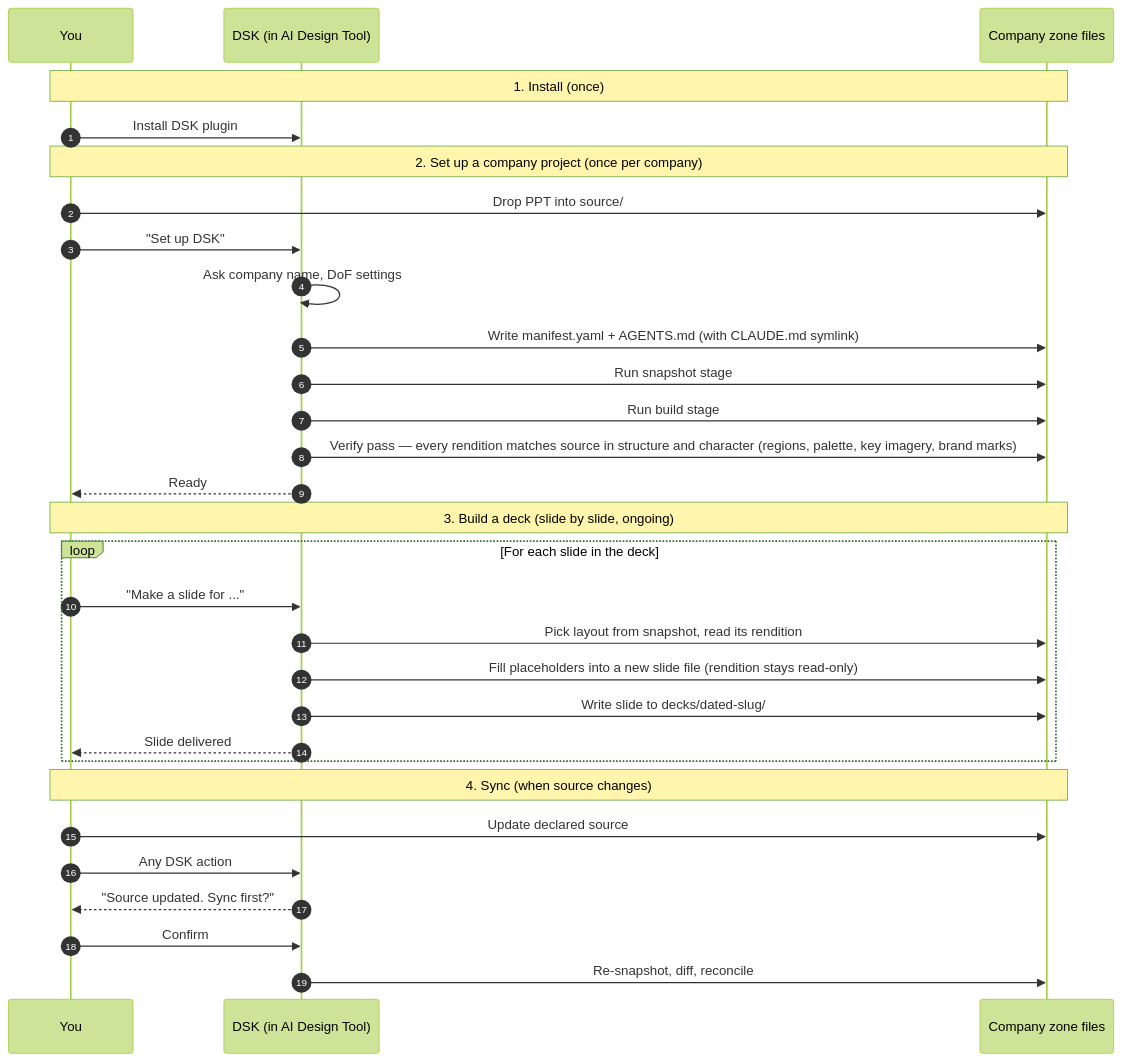
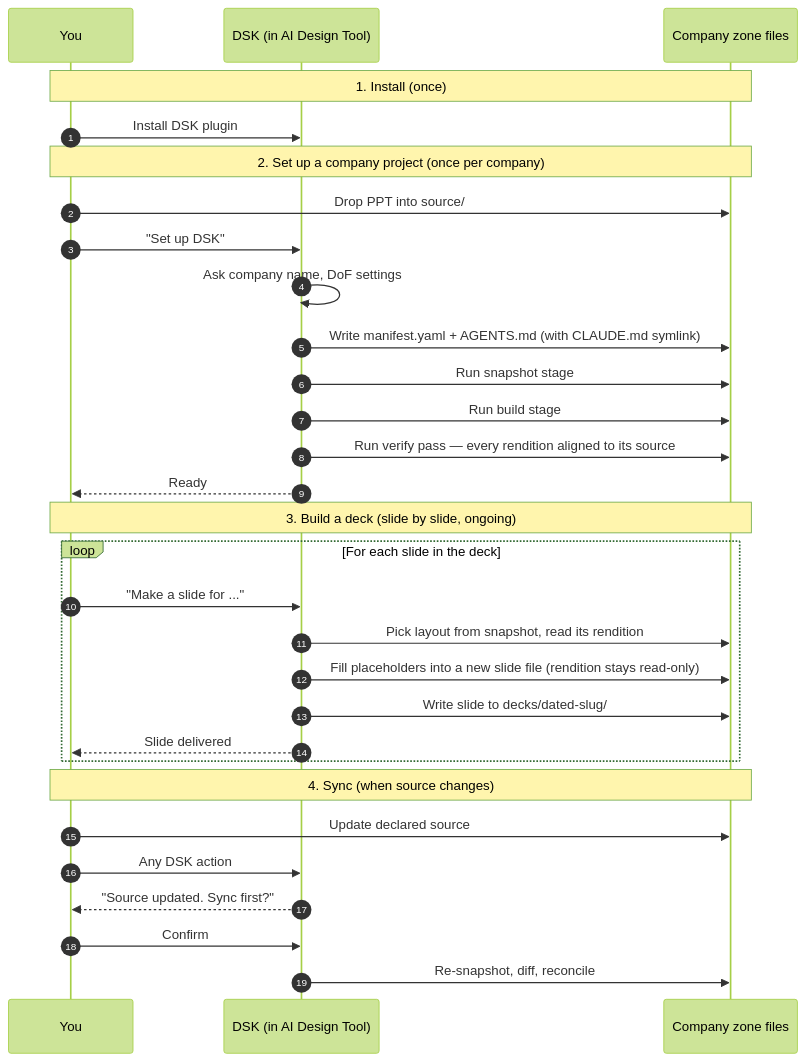
One commit to dawid-dahl-umain/design-system-kernel changed the first of 5 diagrams in dsk/skills/context/lifecycles.md. Above: the diagram before and after it, drawn with Mermaid (forest theme). The commit also changed other lines of this file and 10 other files, not shown here.

````diff
--- a/dsk/skills/context/lifecycles.md
+++ b/dsk/skills/context/lifecycles.md
@@ -15,36 +15,36 @@
 ```mermaid
 sequenceDiagram
     autonumber
     participant You
     participant DSK as DSK (in AI Design Tool)
     participant Files as Company zone files
 
     Note over You,Files: 1. Install (once)
     You->>DSK: Install DSK plugin
 
     Note over You,Files: 2. Set up a company project (once per company)
     You->>Files: Drop PPT into source/
     You->>DSK: "Set up DSK"
     DSK->>DSK: Ask company name, DoF settings
     DSK->>Files: Write manifest.yaml + AGENTS.md (with CLAUDE.md symlink)
     DSK->>Files: Run snapshot stage
     DSK->>Files: Run build stage
-    DSK->>Files: Verify pass — every rendition matches source in structure and character (regions, palette, key imagery, brand marks)
+    DSK->>Files: Run verify pass — every rendition aligned to its source
     DSK-->>You: Ready
 
     Note over You,Files: 3. Build a deck (slide by slide, ongoing)
     loop For each slide in the deck
         You->>DSK: "Make a slide for ..."
         DSK->>Files: Pick layout from snapshot, read its rendition
         DSK->>Files: Fill placeholders into a new slide file (rendition stays read-only)
         DSK->>Files: Write slide to decks/dated-slug/
         DSK-->>You: Slide delivered
     end
 
     Note over You,Files: 4. Sync (when source changes)
     You->>Files: Update declared source
     You->>DSK: Any DSK action
     DSK-->>You: "Source updated. Sync first?"
     You->>DSK: Confirm
     DSK->>Files: Re-snapshot, diff, reconcile
 ```
````
